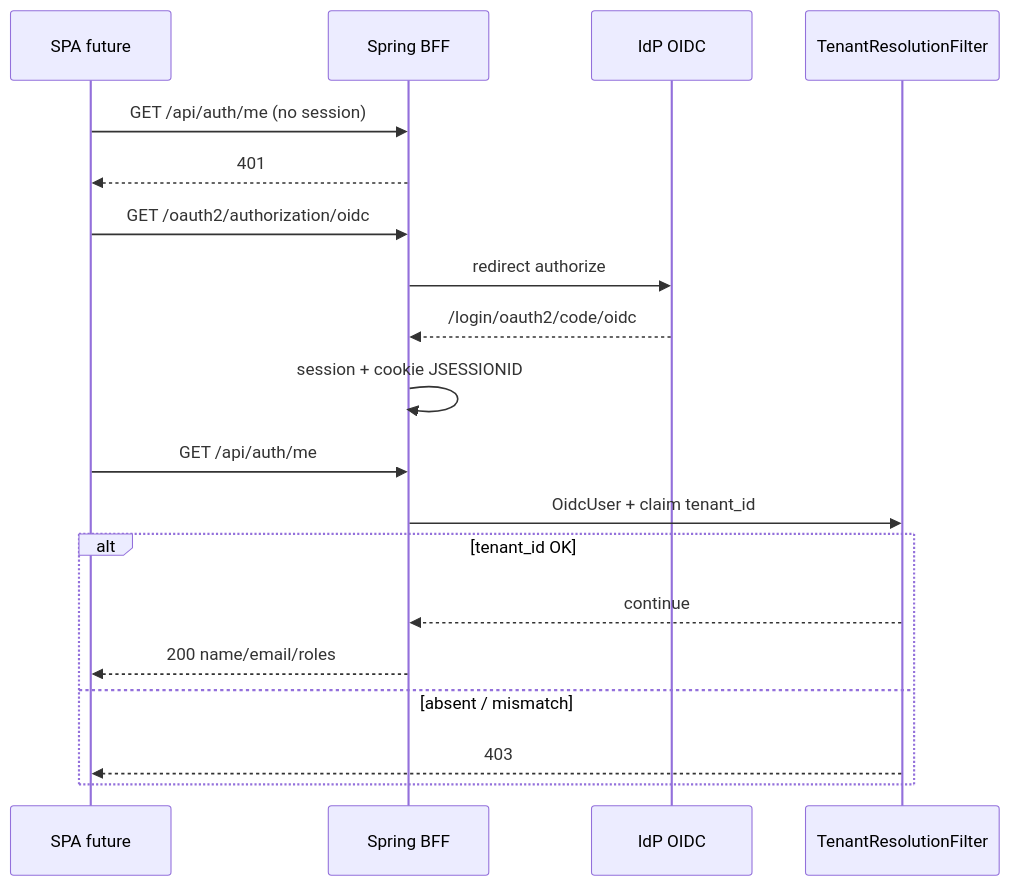
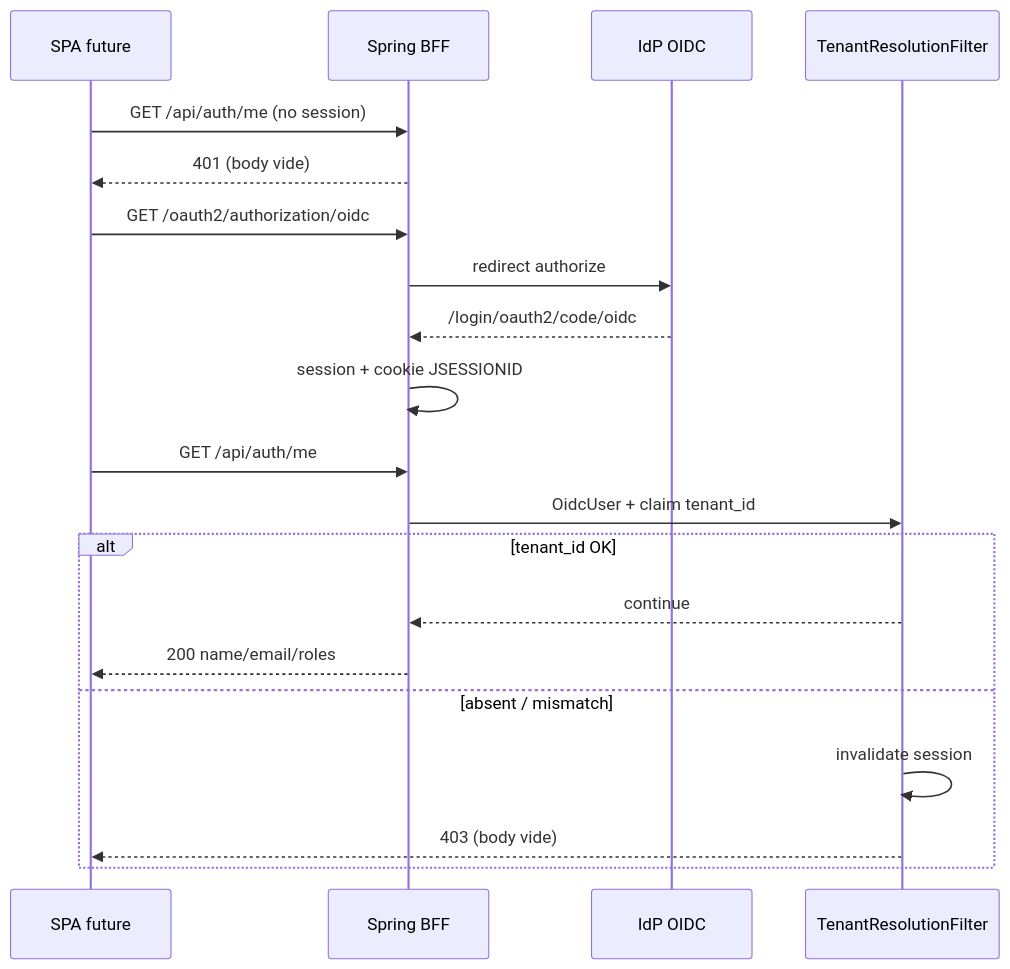
One commit to superjojo79/Myrmacta changed the second of 3 diagrams in docs/ai/design/2026-07-31-feature-authentification.md. Above: the diagram before and after it, drawn with Mermaid. The commit also changed other lines of this file and 1 other file, not shown here.

First line of the commit message:
docs(authentification): phase 3 — design BFF @Order(3) reviewed

````diff
--- a/docs/ai/design/2026-07-31-feature-authentification.md
+++ b/docs/ai/design/2026-07-31-feature-authentification.md
@@ -47,22 +48,23 @@
 ```mermaid
 sequenceDiagram
   participant SPA as SPA future
   participant BFF as Spring BFF
   participant IDP as IdP OIDC
   participant TRF as TenantResolutionFilter
 
   SPA->>BFF: GET /api/auth/me (no session)
-  BFF-->>SPA: 401
+  BFF-->>SPA: 401 (body vide)
   SPA->>BFF: GET /oauth2/authorization/oidc
   BFF->>IDP: redirect authorize
   IDP-->>BFF: /login/oauth2/code/oidc
   BFF->>BFF: session + cookie JSESSIONID
   SPA->>BFF: GET /api/auth/me
   BFF->>TRF: OidcUser + claim tenant_id
   alt tenant_id OK
     TRF-->>BFF: continue
     BFF-->>SPA: 200 name/email/roles
   else absent / mismatch
-    TRF-->>SPA: 403
+    TRF->>TRF: invalidate session
+    TRF-->>SPA: 403 (body vide)
   end
 ```
````
